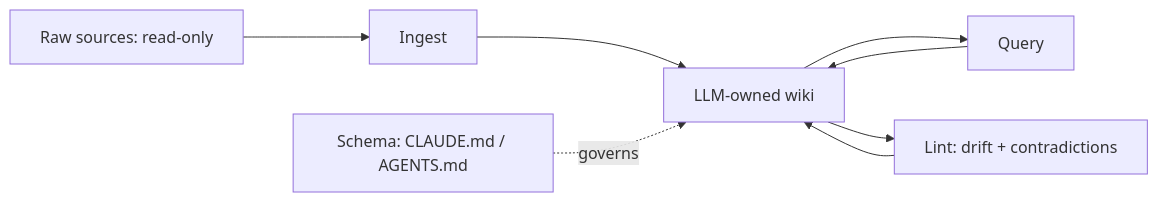
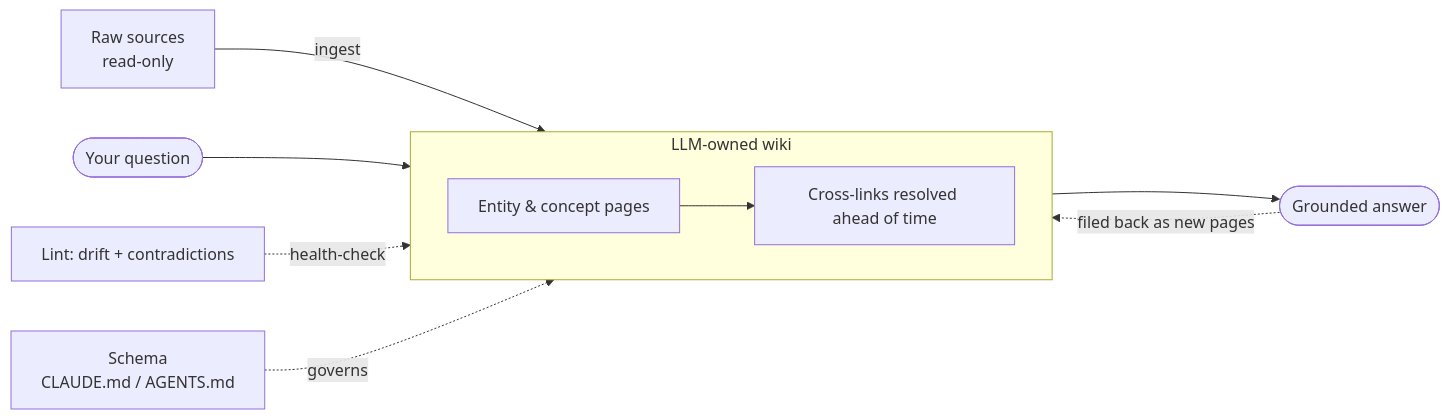
One commit to ChristineTham/aidou changed the second of 3 diagrams in book/02-productivity.md. Above: the diagram before and after it, drawn with Mermaid. The commit also changed other lines of this file and 74 other files, not shown here.

````diff
--- a/book/02-productivity.md
+++ b/book/02-productivity.md
@@ -38,8 +186,13 @@
 ```mermaid
 flowchart LR
-    R[Raw sources: read-only] --> I[Ingest]
-    I --> W[LLM-owned wiki]
-    W --> Q[Query] --> W
-    W --> L[Lint: drift + contradictions] --> W
-    S[Schema: CLAUDE.md / AGENTS.md] -.governs.-> W
+    R["Raw sources<br/>read-only"] -->|ingest| W
+    subgraph W [LLM-owned wiki]
+      direction LR
+      Pg[Entity & concept pages] --> Xl[Cross-links resolved ahead of time]
+    end
+    Q([Your question]) --> W
+    W --> Ans([Grounded answer])
+    Ans -.->|filed back as new pages| W
+    L[Lint: drift + contradictions] -.->|health-check| W
+    Sc["Schema<br/>CLAUDE.md / AGENTS.md"] -.->|governs| W
 ```
````
